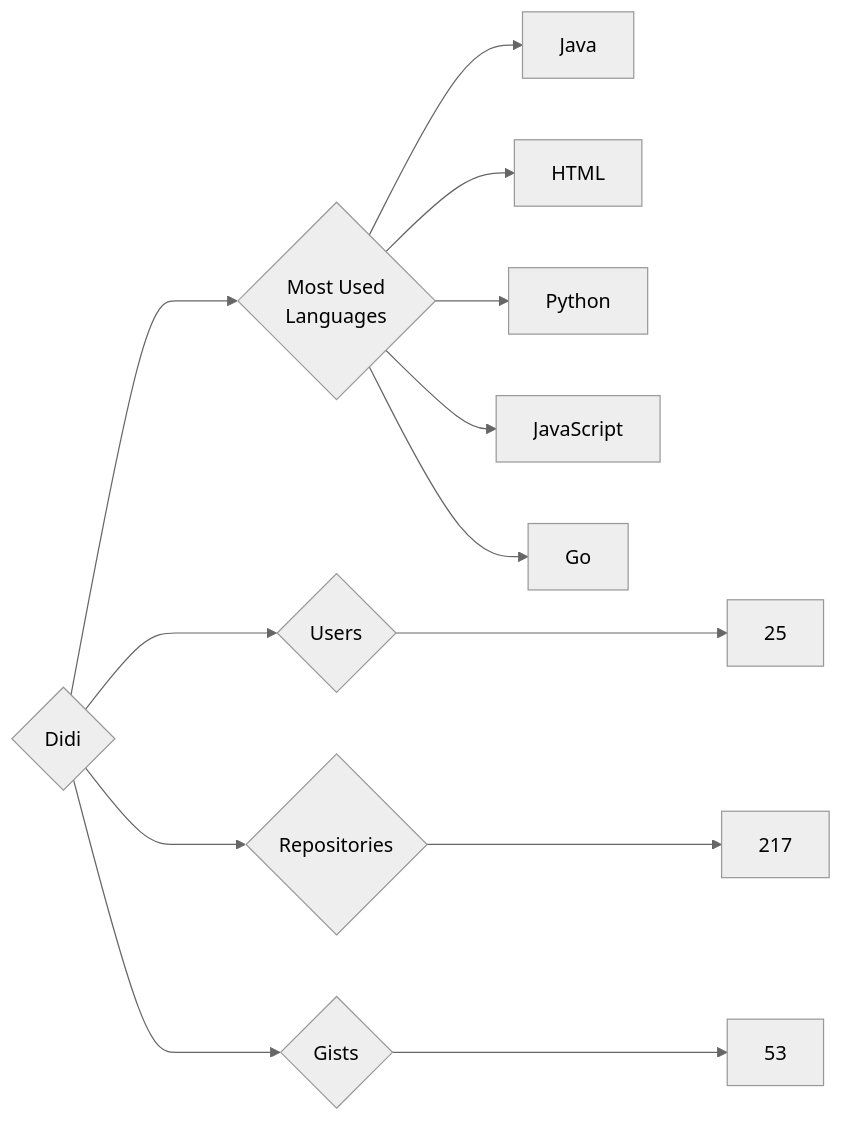
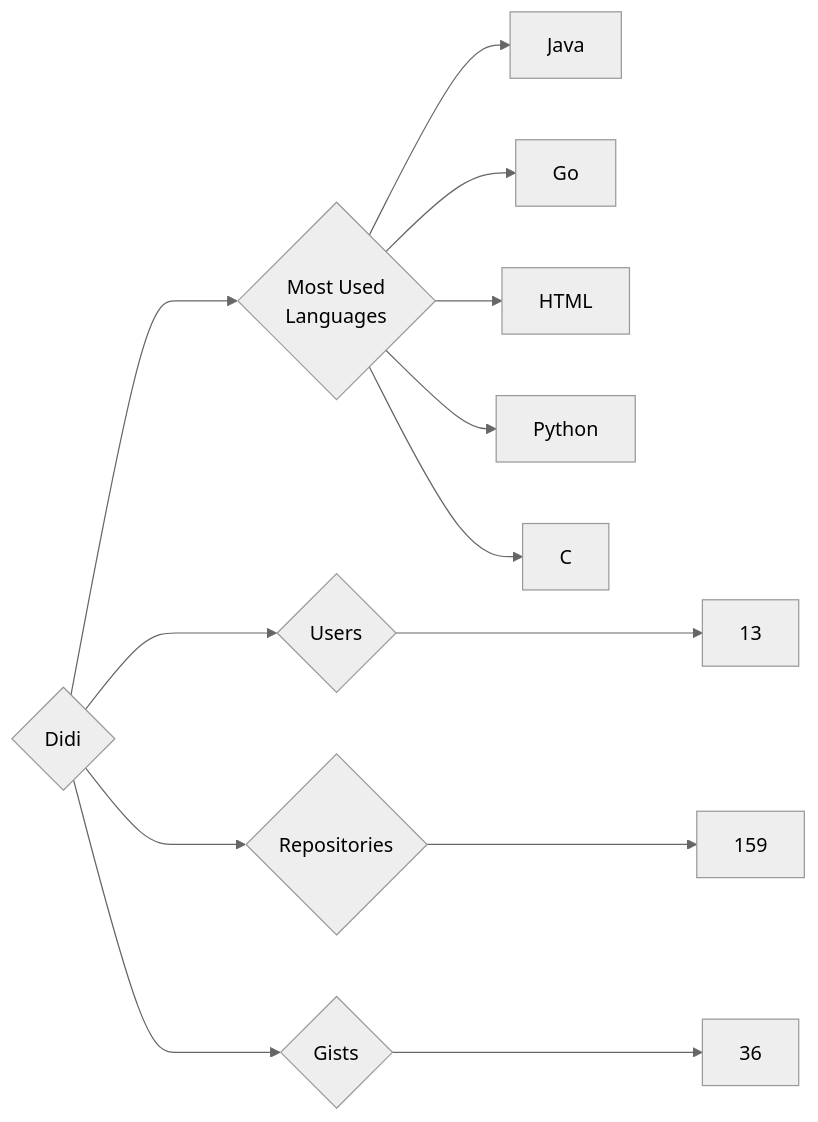
Before and after one commit to trickest/insiders: the diagram in targets/Didi/README.md, drawn with Mermaid (neutral theme). The commit also changed 757 other files, not shown here.

````diff
--- a/targets/Didi/README.md
+++ b/targets/Didi/README.md
@@ -3,13 +3,13 @@
 ```mermaid
 graph LR
 COMPANY_NAME{Didi}
-COMPANY_NAME ---> U{Users} ---> UN[25]
-COMPANY_NAME ---> R{Repositories} ---> RN[217]
-COMPANY_NAME ---> G{Gists} ---> GN[53]
+COMPANY_NAME ---> U{Users} ---> UN[13]
+COMPANY_NAME ---> R{Repositories} ---> RN[159]
+COMPANY_NAME ---> G{Gists} ---> GN[36]
 COMPANY_NAME ---> ML{Most Used<br>Languages}
 ML --> Java[Java]
+ML --> Go[Go]
 ML --> HTML[HTML]
 ML --> Python[Python]
-ML --> JavaScript[JavaScript]
-ML --> Go[Go]
+ML --> C[C]
 ```
````
